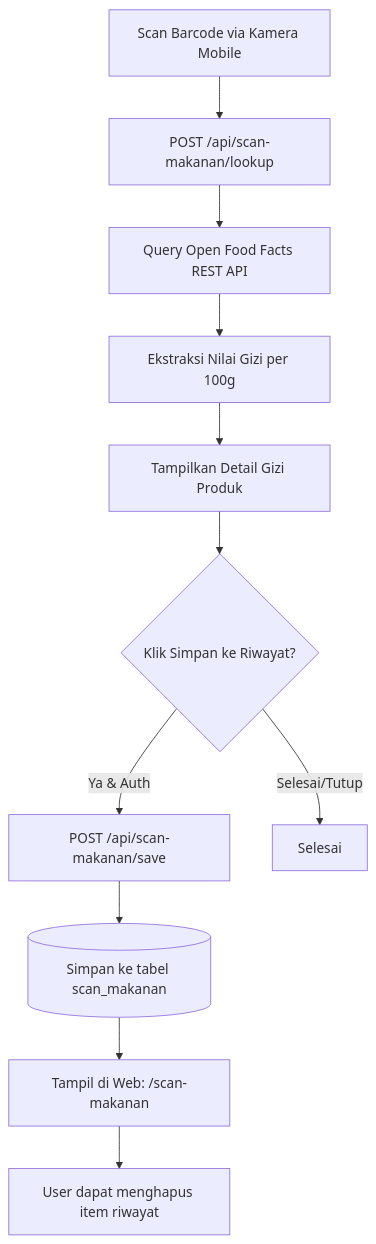
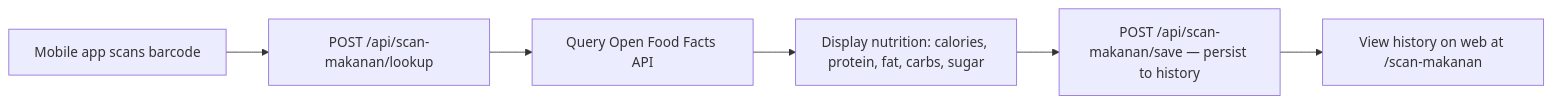
Before and after one commit to madsobirin/proyek_3: the fifth of 7 diagrams in docs/PRD.md, drawn with Mermaid. The commit also changed other lines of this file and 10 other files, not shown here.

Commit message:
add tech: redis in scan barcode

````diff
--- a/docs/PRD.md
+++ b/docs/PRD.md
@@ -122,13 +169,8 @@
 ```mermaid
-flowchart TD
-    MobileScan[Scan Barcode via Kamera Mobile] --> LookupAPI[POST /api/scan-makanan/lookup]
-    LookupAPI --> OFF[Query Open Food Facts REST API]
-    OFF --> ParseNutri[Ekstraksi Nilai Gizi per 100g]
-    ParseNutri --> ModalResult[Tampilkan Detail Gizi Produk]
-    ModalResult --> UserSave{Klik Simpan ke Riwayat?}
-    UserSave -->|Ya & Auth| SaveAPI[POST /api/scan-makanan/save]
-    SaveAPI --> DBRecord[(Simpan ke tabel scan_makanan)]
-    UserSave -->|Selesai/Tutup| ExitScan[Selesai]
-    DBRecord --> WebHistory[Tampil di Web: /scan-makanan]
-    WebHistory --> DeleteItem[User dapat menghapus item riwayat]
+flowchart LR
+    A["Mobile app scans barcode"] --> B["POST /api/scan-makanan/lookup"]
+    B --> C["Query Open Food Facts API"]
+    C --> D["Display nutrition: calories, protein, fat, carbs, sugar"]
+    D --> E["POST /api/scan-makanan/save — persist to history"]
+    E --> F["View history on web at /scan-makanan"]
 ```
````
